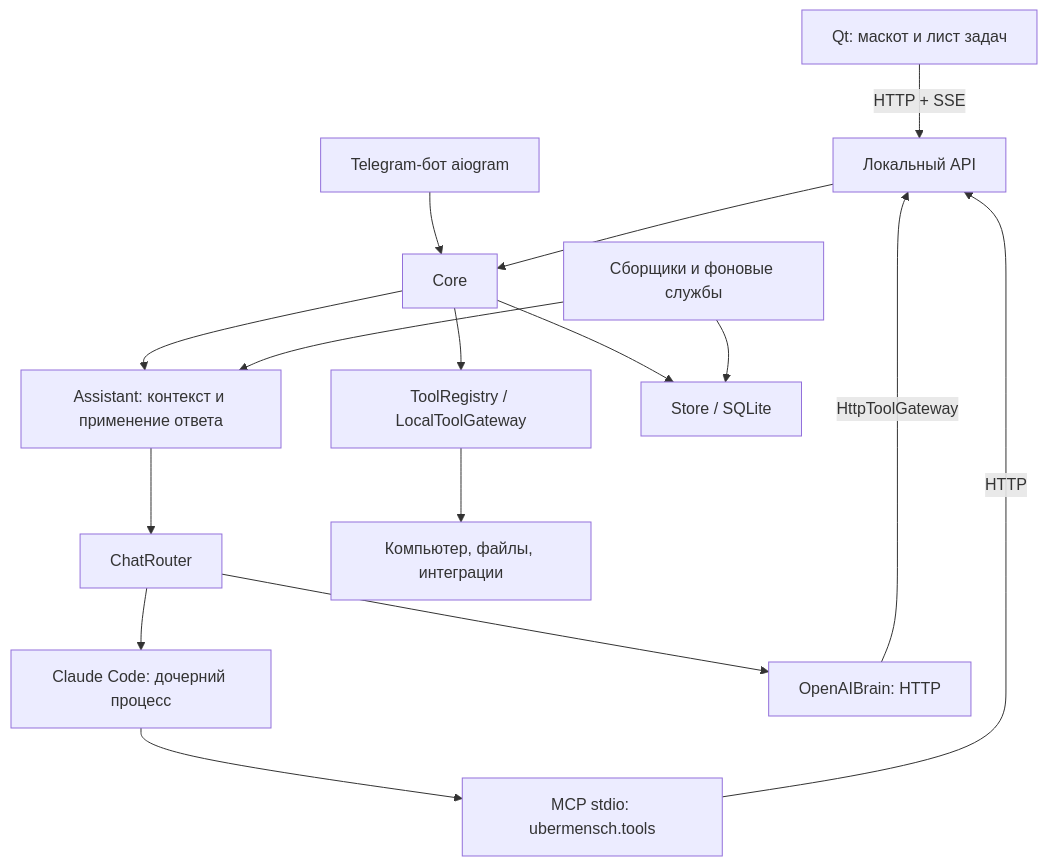
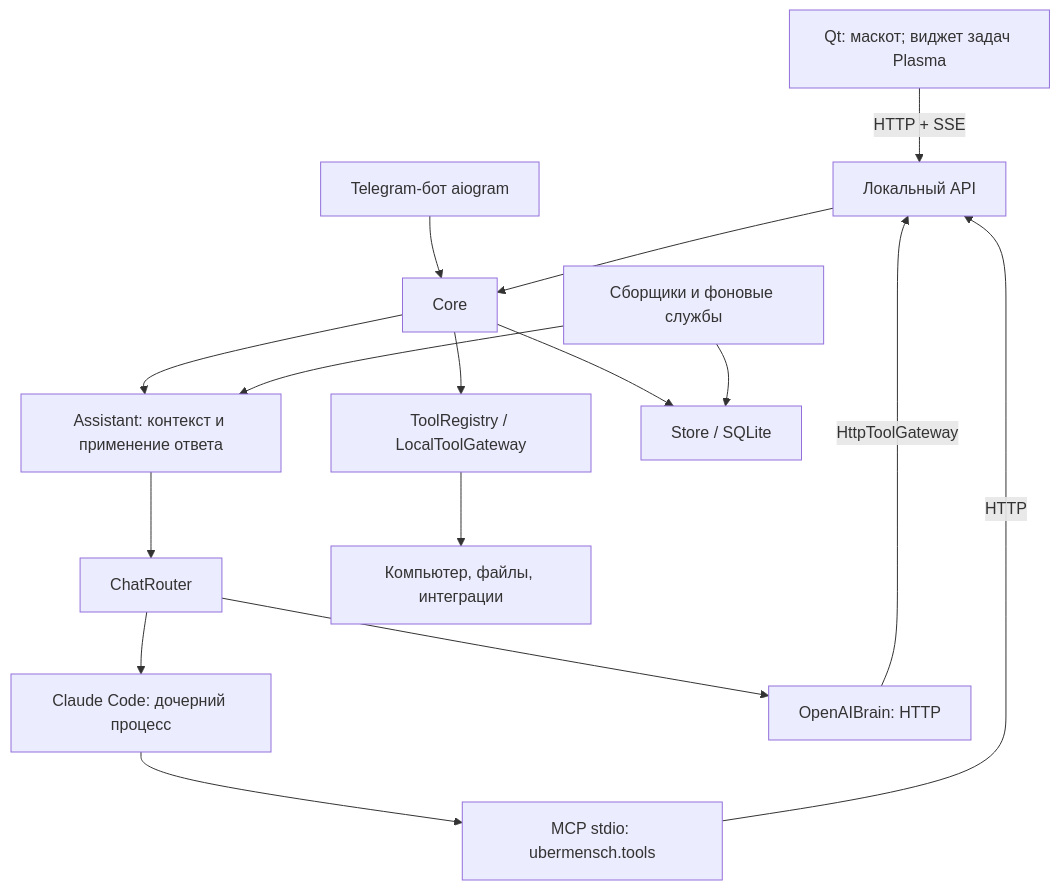
The diagram in docs/DEVELOPMENT.md (shibanalex/Ubermensch), drawn with Mermaid before and after one commit. The commit also changed 44 other files, not shown here.

First line of the commit message:
Obsidian, виджет задач Plasma, управление рабочим столом и аниме-эмоции Ани

````diff
--- a/docs/DEVELOPMENT.md
+++ b/docs/DEVELOPMENT.md
@@ -24,18 +24,18 @@
 ```mermaid
 flowchart TD
-    UI[Qt: маскот и лист задач] -->|HTTP + SSE| API[Локальный API]
+    UI[Qt: маскот; виджет задач Plasma] -->|HTTP + SSE| API[Локальный API]
     TG[Telegram-бот aiogram] --> CORE[Core]
     API --> CORE
     CORE --> ASSISTANT[Assistant: контекст и применение ответа]
     ASSISTANT --> ROUTER[ChatRouter]
     ROUTER --> CLAUDE[Claude Code: дочерний процесс]
     ROUTER --> OPENAI[OpenAIBrain: HTTP]
     CLAUDE --> MCP[MCP stdio: ubermensch.tools]
     MCP -->|HTTP| API
     OPENAI -->|HttpToolGateway| API
     CORE --> REG[ToolRegistry / LocalToolGateway]
     REG --> SYS[Компьютер, файлы, интеграции]
     CORE --> STORE[Store / SQLite]
     BG[Сборщики и фоновые службы] --> STORE
     BG --> ASSISTANT
 ```
````
